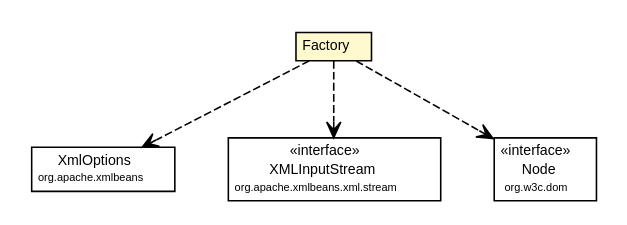
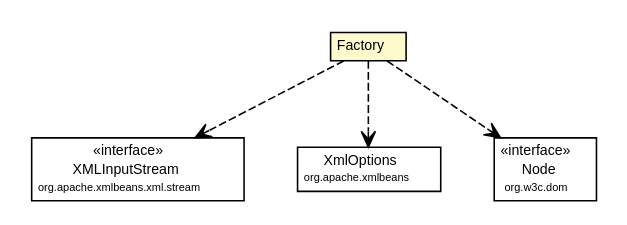
One commit to synchronoss/cpo-util changed the diagram in site/apidocs/org/synchronoss/cpo/util/cpoUtilConfig/CtDataConfig.Factory.dot. Above: the diagram before and after it, drawn with Graphviz. The commit also changed 307 other files, not shown here.

Commit message:
Creating site for cpoUtil, 5.1.1-SNAPSHOT

```diff
--- a/site/apidocs/org/synchronoss/cpo/util/cpoUtilConfig/CtDataConfig.Factory.dot
+++ b/site/apidocs/org/synchronoss/cpo/util/cpoUtilConfig/CtDataConfig.Factory.dot
@@ -1,45 +1,45 @@
 #!/usr/local/bin/dot
 #
 # Class diagram 
 # Generated by UmlGraph version 4.6 (http://www.spinellis.gr/sw/umlgraph)
 #
 
 digraph G {
 	edge [fontname="Helvetica",fontsize=10,labelfontname="Helvetica",labelfontsize=10];
 	node [fontname="Helvetica",fontsize=10,shape=plaintext];
 	// org.synchronoss.cpo.util.cpoUtilConfig.CtDataConfig.Factory
 	c4689 [label=<<table border="0" cellborder="1" cellspacing="0" cellpadding="2" port="p" bgcolor="lemonChiffon" href="./CtDataConfig.Factory.html">
 		<tr><td><table border="0" cellspacing="0" cellpadding="1">
 			<tr><td> Factory </td></tr>
 		</table></td></tr>
 		</table>>, fontname="Helvetica", fontcolor="black", fontsize=9.0];
+	// org.synchronoss.cpo.util.cpoUtilConfig.CtDataConfig.Factory DEPEND org.apache.xmlbeans.xml.stream.XMLInputStream
+	c4689:p -> c4706:p [taillabel="", label="", headlabel="", fontname="Helvetica", fontcolor="black", fontsize=10.0, color="black", arrowhead=open, style=dashed];
 	// org.synchronoss.cpo.util.cpoUtilConfig.CtDataConfig.Factory DEPEND org.apache.xmlbeans.XmlOptions
-	c4689:p -> c4708:p [taillabel="", label="", headlabel="", fontname="Helvetica", fontcolor="black", fontsize=10.0, color="black", arrowhead=open, style=dashed];
-	// org.synchronoss.cpo.util.cpoUtilConfig.CtDataConfig.Factory DEPEND org.apache.xmlbeans.xml.stream.XMLInputStream
 	c4689:p -> c4709:p [taillabel="", label="", headlabel="", fontname="Helvetica", fontcolor="black", fontsize=10.0, color="black", arrowhead=open, style=dashed];
 	// org.synchronoss.cpo.util.cpoUtilConfig.CtDataConfig.Factory DEPEND org.w3c.dom.Node
 	c4689:p -> c4710:p [taillabel="", label="", headlabel="", fontname="Helvetica", fontcolor="black", fontsize=10.0, color="black", arrowhead=open, style=dashed];
 	// org.apache.xmlbeans.xml.stream.XMLInputStream
-	c4709 [label=<<table border="0" cellborder="1" cellspacing="0" cellpadding="2" port="p" href="http://java.sun.com/j2se/1.4.2/docs/api/org/apache/xmlbeans/xml/stream/XMLInputStream.html">
+	c4706 [label=<<table border="0" cellborder="1" cellspacing="0" cellpadding="2" port="p" href="http://java.sun.com/j2se/1.4.2/docs/api/org/apache/xmlbeans/xml/stream/XMLInputStream.html">
 		<tr><td><table border="0" cellspacing="0" cellpadding="1">
 			<tr><td> &laquo;interface&raquo; </td></tr>
 			<tr><td> XMLInputStream </td></tr>
 			<tr><td><font point-size="7.0"> org.apache.xmlbeans.xml.stream </font></td></tr>
 		</table></td></tr>
 		</table>>, fontname="Helvetica", fontcolor="black", fontsize=9.0];
 	// org.w3c.dom.Node
 	c4710 [label=<<table border="0" cellborder="1" cellspacing="0" cellpadding="2" port="p" href="http://java.sun.com/j2se/1.4.2/docs/api/org/w3c/dom/Node.html">
 		<tr><td><table border="0" cellspacing="0" cellpadding="1">
 			<tr><td> &laquo;interface&raquo; </td></tr>
 			<tr><td> Node </td></tr>
 			<tr><td><font point-size="7.0"> org.w3c.dom </font></td></tr>
 		</table></td></tr>
 		</table>>, fontname="Helvetica", fontcolor="black", fontsize=9.0];
 	// org.apache.xmlbeans.XmlOptions
-	c4708 [label=<<table border="0" cellborder="1" cellspacing="0" cellpadding="2" port="p" href="http://java.sun.com/j2se/1.4.2/docs/api/org/apache/xmlbeans/XmlOptions.html">
+	c4709 [label=<<table border="0" cellborder="1" cellspacing="0" cellpadding="2" port="p" href="http://java.sun.com/j2se/1.4.2/docs/api/org/apache/xmlbeans/XmlOptions.html">
 		<tr><td><table border="0" cellspacing="0" cellpadding="1">
 			<tr><td> XmlOptions </td></tr>
 			<tr><td><font point-size="7.0"> org.apache.xmlbeans </font></td></tr>
 		</table></td></tr>
 		</table>>, fontname="Helvetica", fontcolor="black", fontsize=9.0];
 }
```
